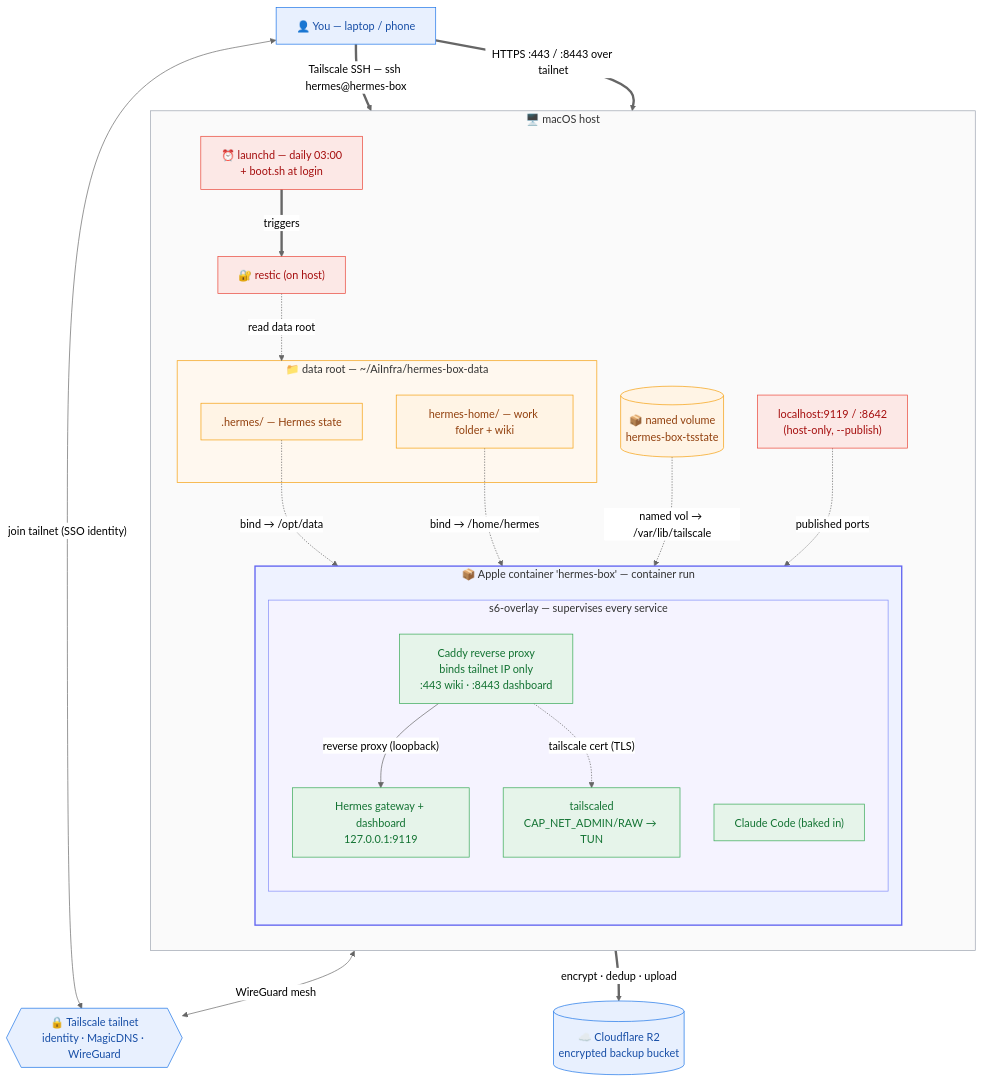
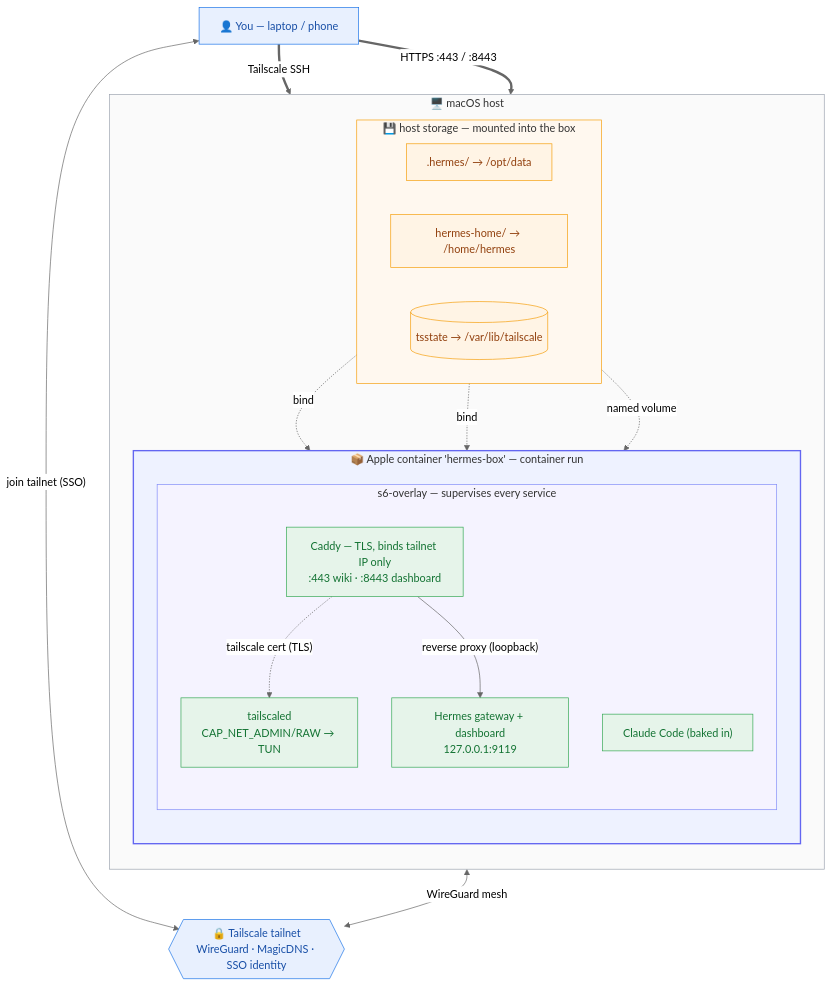
Before and after one commit to nilushan/hermes-box: the diagram in README.md, drawn with Mermaid (neutral theme). The commit also changed other lines of this file and 1 other file, not shown here.

Commit message:
docs: split architecture diagram into runtime + backup views
Restructure for a tighter top-to-bottom flow and split the single wide
diagram into two focused ones:
- README: runtime & secure access (container, s6 services, mounts, and
  the tailnet-only SSH/HTTPS access paths).
- docs/OPERATIONS.md (Backups): the launchd -> restic -> Cloudflare R2
  pipeline (encrypt/dedup/upload, retention), as a clean vertical flow.

Both validated with mermaid-cli.

````diff
--- a/README.md
+++ b/README.md
@@ -32,64 +32,51 @@
 ```mermaid
 flowchart TB
   user["👤 You — laptop / phone"]
-  tsnet{{"🔒 Tailscale tailnet<br/>identity · MagicDNS · WireGuard"}}
-  r2[("☁️ Cloudflare R2<br/>encrypted backup bucket")]
+  tsnet{{"🔒 Tailscale tailnet<br/>WireGuard · MagicDNS · SSO identity"}}
 
   subgraph host["🖥️ macOS host"]
     direction TB
-    local["localhost:9119 / :8642<br/>(host-only, --publish)"]
-
-    subgraph dataroot["📁 data root — ~/AiInfra/hermes-box-data"]
-      d_hermes[".hermes/ — Hermes state"]
-      d_home["hermes-home/ — work folder + wiki"]
-    end
-    tsvol[("📦 named volume<br/>hermes-box-tsstate")]
-
-    restic["🔐 restic (on host)"]
-    timer["⏰ launchd — daily 03:00<br/>+ boot.sh at login"]
-
     subgraph container["📦 Apple container 'hermes-box' — container run"]
       direction TB
       subgraph s6["s6-overlay — supervises every service"]
+        direction TB
+        tailscaled["tailscaled<br/>CAP_NET_ADMIN/RAW → TUN"]
+        caddy["Caddy — TLS, binds tailnet IP only<br/>:443 wiki · :8443 dashboard"]
         hermes["Hermes gateway + dashboard<br/>127.0.0.1:9119"]
-        caddy["Caddy reverse proxy<br/>binds tailnet IP only<br/>:443 wiki · :8443 dashboard"]
-        tailscaled["tailscaled<br/>CAP_NET_ADMIN/RAW → TUN"]
         claude["Claude Code (baked in)"]
       end
     end
+    subgraph storage["💾 host storage — mounted into the box"]
+      direction LR
+      d_hermes[".hermes/ → /opt/data"]
+      d_home["hermes-home/ → /home/hermes"]
+      tsvol[("tsstate → /var/lib/tailscale")]
+    end
   end
 
-  %% volume mounts (dotted)
-  d_hermes -. "bind → /opt/data" .-> hermes
-  d_home -. "bind → /home/hermes" .-> hermes
-  tsvol -. "named vol → /var/lib/tailscale" .-> tailscaled
+  %% secure access — everything arrives over the encrypted tailnet
+  user <-->|"join tailnet (SSO)"| tsnet
+  tailscaled <-->|"WireGuard mesh"| tsnet
+  user == "Tailscale SSH" ==> tailscaled
+  user == "HTTPS :443 / :8443" ==> caddy
 
-  %% inside the box (solid)
+  %% inside the box
   caddy -->|"reverse proxy (loopback)"| hermes
   caddy -. "tailscale cert (TLS)" .-> tailscaled
-  tailscaled <-->|"WireGuard mesh"| tsnet
-  local -. "published ports" .-> hermes
 
-  %% secure access (thick)
-  user <-->|"join tailnet (SSO identity)"| tsnet
-  user == "Tailscale SSH — ssh hermes@hermes-box" ==> tailscaled
-  user == "HTTPS :443 / :8443 over tailnet" ==> caddy
-
-  %% backups (thick)
-  timer == triggers ==> restic
-  restic -. "read data root" .-> dataroot
-  restic == "encrypt · dedup · upload" ==> r2
+  %% mounts
+  d_hermes -. bind .-> hermes
+  d_home -. bind .-> hermes
+  tsvol -. "named volume" .-> tailscaled
 
   classDef ext fill:#e8f0fe,stroke:#1a73e8,color:#174ea6;
   classDef store fill:#fff4e5,stroke:#f59e0b,color:#92400e;
   classDef svc fill:#e6f4ea,stroke:#34a853,color:#137333;
-  classDef tool fill:#fce8e6,stroke:#ea4335,color:#a50e0e;
-  class user,tsnet,r2 ext;
+  class user,tsnet ext;
   class d_hermes,d_home,tsvol store;
   class hermes,caddy,tailscaled,claude svc;
-  class restic,timer,local tool;
   style container fill:#eef2ff,stroke:#6366f1,stroke-width:2px;
   style s6 fill:#f5f3ff,stroke:#818cf8;
   style host fill:#fafafa,stroke:#9ca3af;
-  style dataroot fill:#fff8ef,stroke:#f59e0b;
+  style storage fill:#fff8ef,stroke:#f59e0b;
 ```
````
